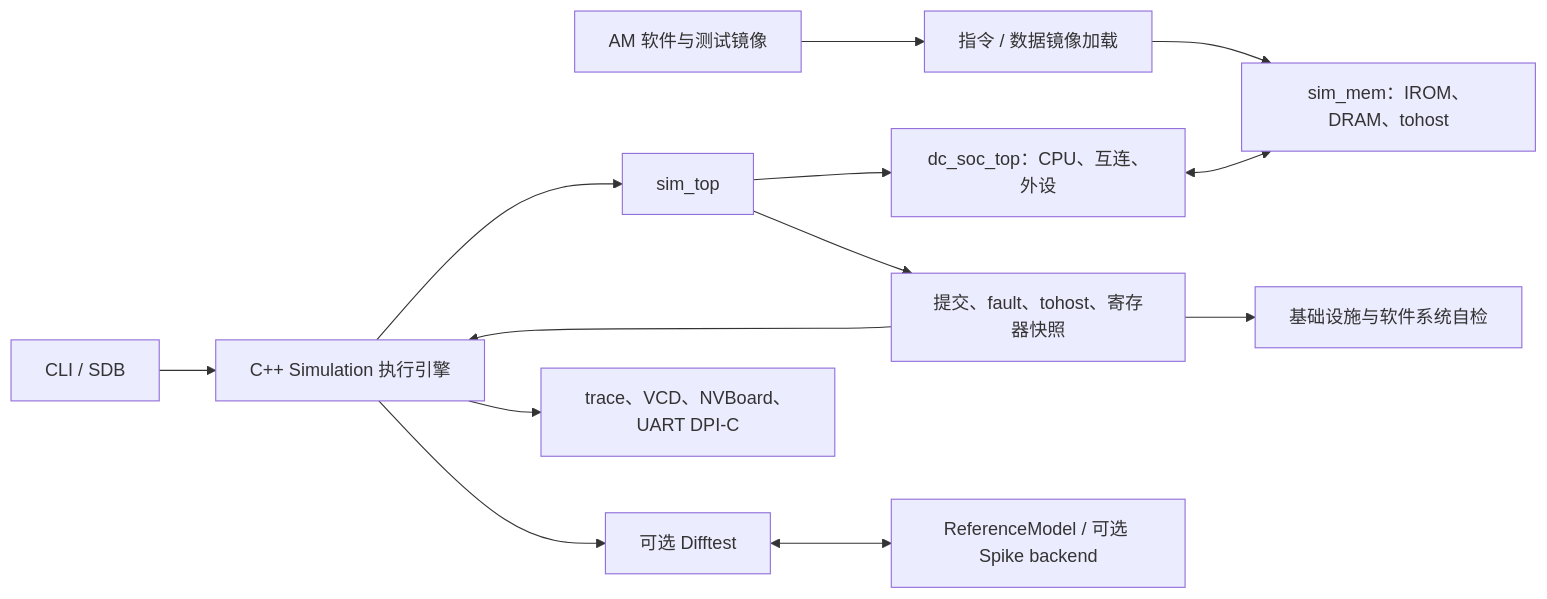
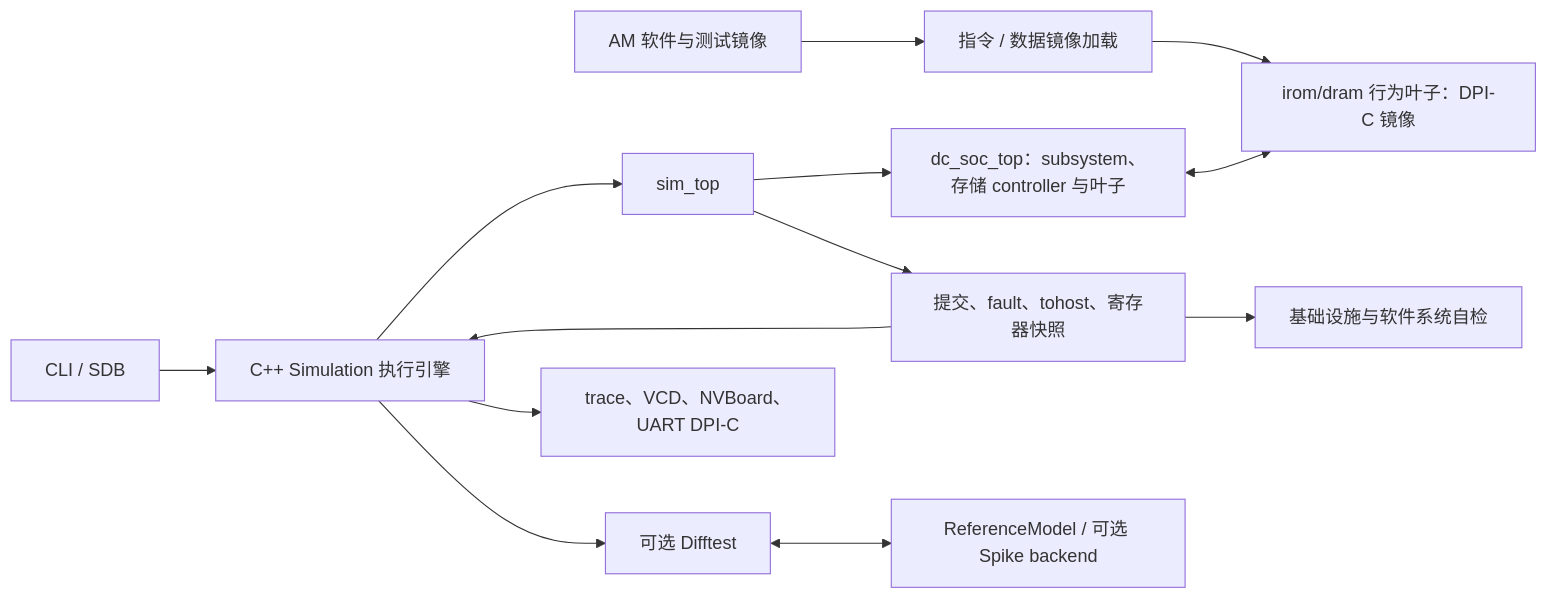
Before and after one commit to Ethan-KaKa/DC-Chip: the diagram in docs/verification/simulation-design.md, drawn with Mermaid. The commit also changed other lines of this file and 23 other files, not shown here.

````diff
--- a/docs/verification/simulation-design.md
+++ b/docs/verification/simulation-design.md
@@ -19,15 +19,15 @@
 ```mermaid
 flowchart LR
   SW[AM 软件与测试镜像] --> IMG[指令 / 数据镜像加载]
-  IMG --> MEM[sim_mem：IROM、DRAM、tohost]
+  IMG --> MEM[irom/dram 行为叶子：DPI-C 镜像]
   CLI[CLI / SDB] --> ENG[C++ Simulation 执行引擎]
   ENG --> TOP[sim_top]
-  TOP --> SOC[dc_soc_top：CPU、互连、外设]
+  TOP --> SOC[dc_soc_top：subsystem、存储 controller 与叶子]
   SOC <--> MEM
   TOP --> EVT[提交、fault、tohost、寄存器快照]
   EVT --> ENG
   ENG --> DIFF[可选 Difftest]
   DIFF <--> REF[ReferenceModel / 可选 Spike backend]
   ENG --> OBS[trace、VCD、NVBoard、UART DPI-C]
   EVT --> TEST[基础设施与软件系统自检]
 ```
````
